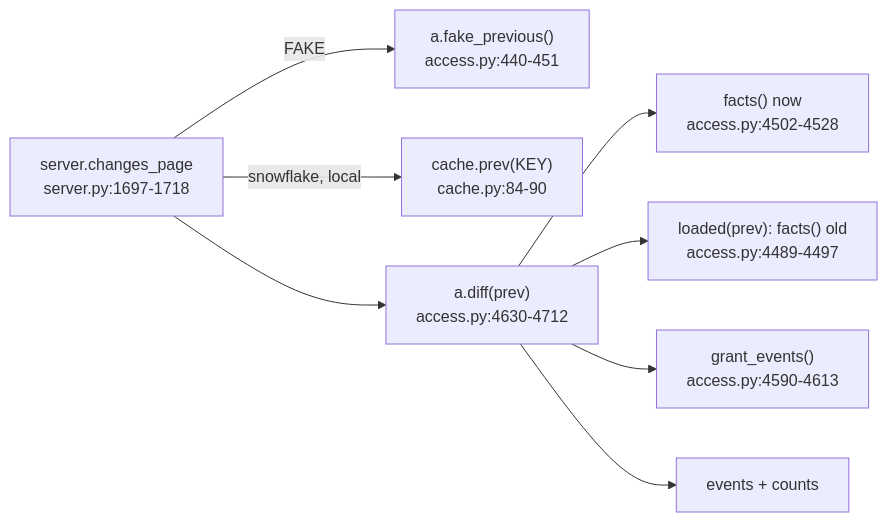
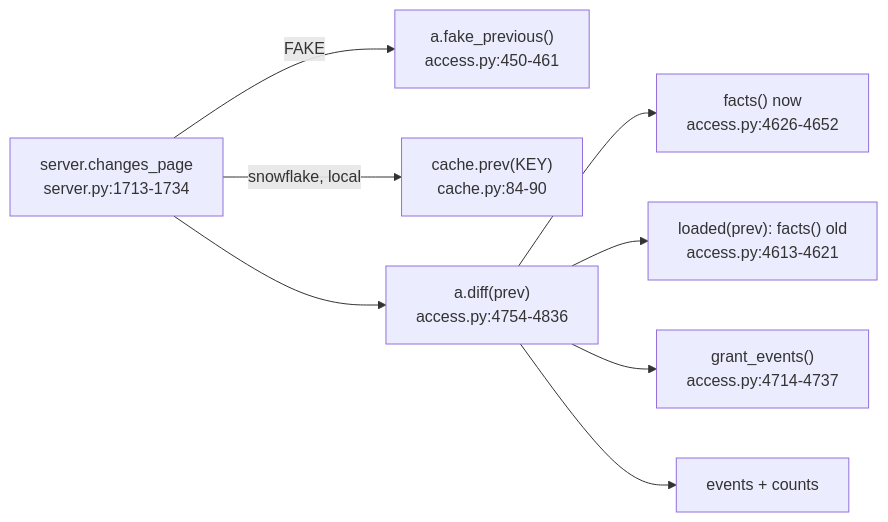
The diagram in snowflake-access-explorer-knowledge-graph/logic/diff.md (darshanmeel/snowflake-access-explorer), drawn with Mermaid before and after one commit. The commit also changed other lines of this file and 88 other files, not shown here.

First line of the commit message:
Knowledge graph and docs for the access log; per-day charts by user, role, client, statement, R/W/DDL, object kind

````diff
--- a/snowflake-access-explorer-knowledge-graph/logic/diff.md
+++ b/snowflake-access-explorer-knowledge-graph/logic/diff.md
@@ -6,10 +6,10 @@
 ```mermaid
 flowchart LR
-  CP["server.changes_page<br/>server.py:1697-1718"] -->|FAKE| FP["a.fake_previous()<br/>access.py:440-451"]
+  CP["server.changes_page<br/>server.py:1713-1734"] -->|FAKE| FP["a.fake_previous()<br/>access.py:450-461"]
   CP -->|snowflake, local| PR["cache.prev(KEY)<br/>cache.py:84-90"]
-  CP --> D["a.diff(prev)<br/>access.py:4630-4712"]
-  D --> FN["facts() now<br/>access.py:4502-4528"]
-  D --> LD["loaded(prev): facts() old<br/>access.py:4489-4497"]
-  D --> GE["grant_events()<br/>access.py:4590-4613"]
+  CP --> D["a.diff(prev)<br/>access.py:4754-4836"]
+  D --> FN["facts() now<br/>access.py:4626-4652"]
+  D --> LD["loaded(prev): facts() old<br/>access.py:4613-4621"]
+  D --> GE["grant_events()<br/>access.py:4714-4737"]
   D --> EV[events + counts]
 ```
````
